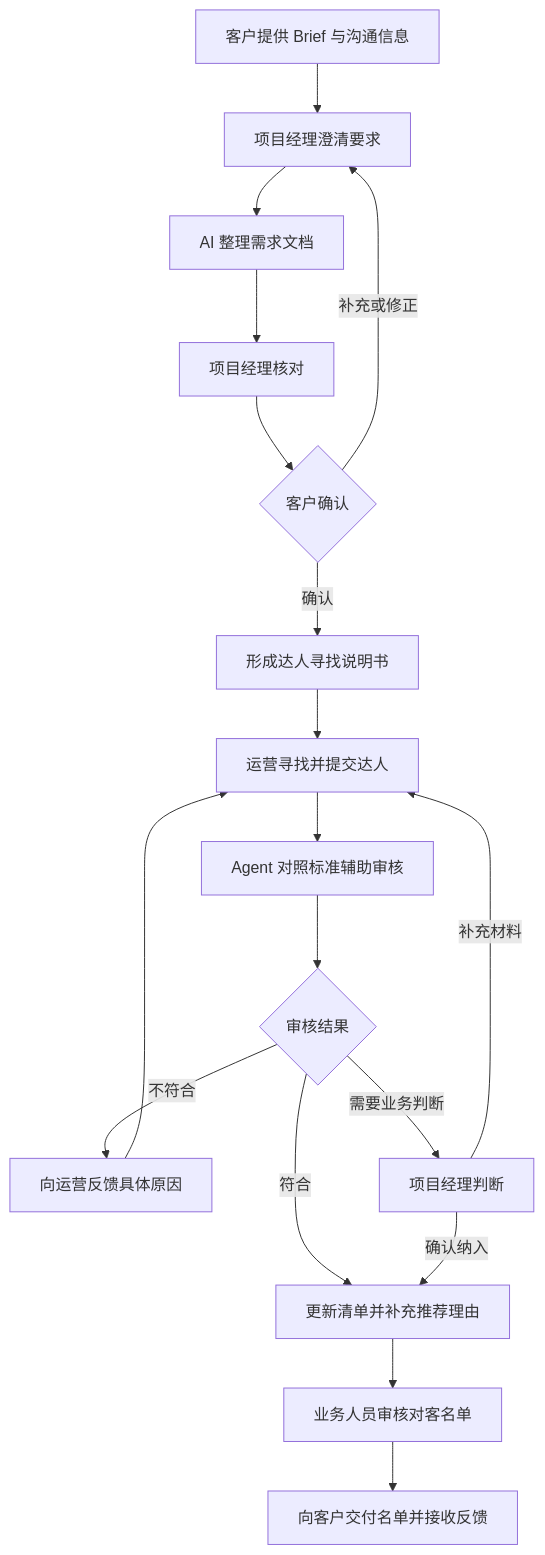
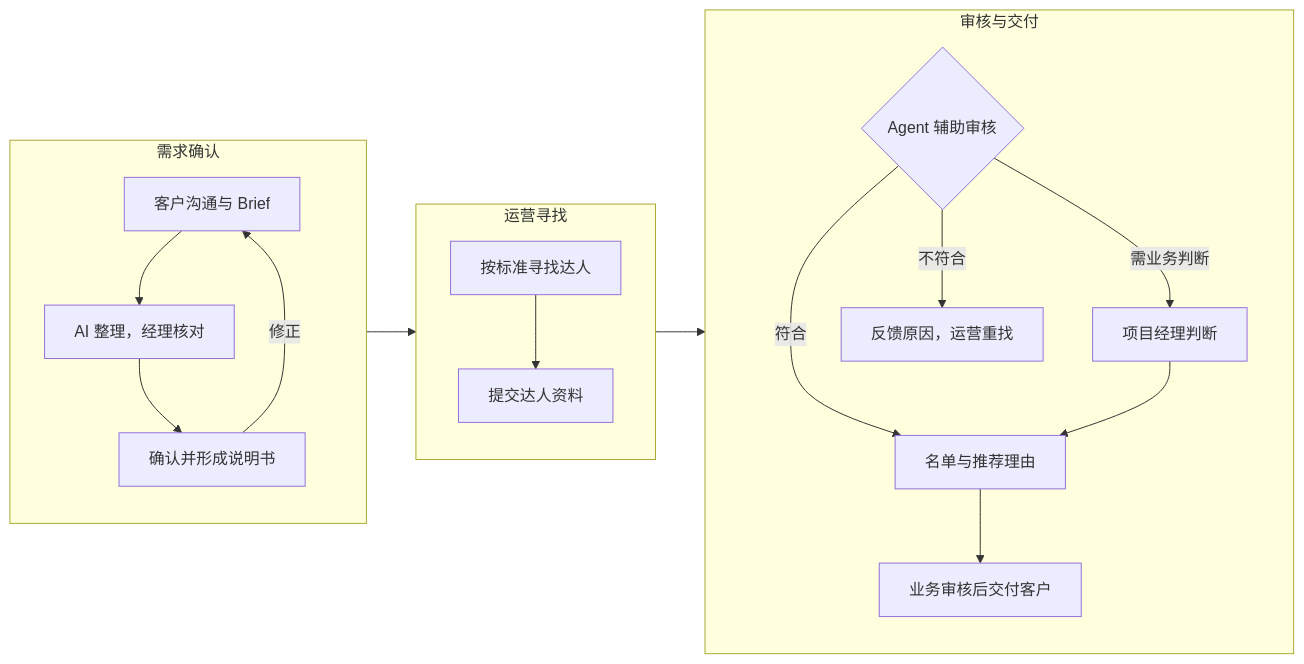
Before and after one commit to cytlabs/personal-site: the first of 2 diagrams in content/cases/creator-marketing-delivery.md, drawn with Mermaid. The commit also changed other lines of this file and 17 other files, not shown here.

Commit message:
统一图表排版与主题并支持大图查看

````diff
--- a/content/cases/creator-marketing-delivery.md
+++ b/content/cases/creator-marketing-delivery.md
@@ -15,20 +15,22 @@
 ```mermaid
-flowchart TD
-    A["客户提供 Brief 与沟通信息"] --> B["项目经理澄清要求"]
-    B --> C["AI 整理需求文档"]
-    C --> D["项目经理核对"]
-    D --> E{"客户确认"}
-    E -->|补充或修正| B
-    E -->|确认| F["形成达人寻找说明书"]
-    F --> G["运营寻找并提交达人"]
-    G --> H["Agent 对照标准辅助审核"]
-    H --> I{"审核结果"}
-    I -->|符合| J["更新清单并补充推荐理由"]
-    I -->|不符合| K["向运营反馈具体原因"]
-    I -->|需要业务判断| L["项目经理判断"]
-    K --> G
-    L -->|补充材料| G
-    L -->|确认纳入| J
-    J --> M["业务人员审核对客名单"]
-    M --> N["向客户交付名单并接收反馈"]
+flowchart LR
+    subgraph NEED["需求确认"]
+        direction TB
+        A["客户沟通与 Brief"] --> B["AI 整理，经理核对"] --> C["确认并形成说明书"]
+        C -->|修正| A
+    end
+    subgraph SOURCE["运营寻找"]
+        direction TB
+        E["按标准寻找达人"] --> F["提交达人资料"]
+    end
+    subgraph REVIEW["审核与交付"]
+        direction TB
+        H{"Agent 辅助审核"}
+        H -->|符合| I["名单与推荐理由"]
+        H -->|需业务判断| J["项目经理判断"]
+        J --> I
+        I --> K["业务审核后交付客户"]
+        H -->|不符合| X["反馈原因，运营重找"]
+    end
+    NEED --> SOURCE --> REVIEW
 ```
````
